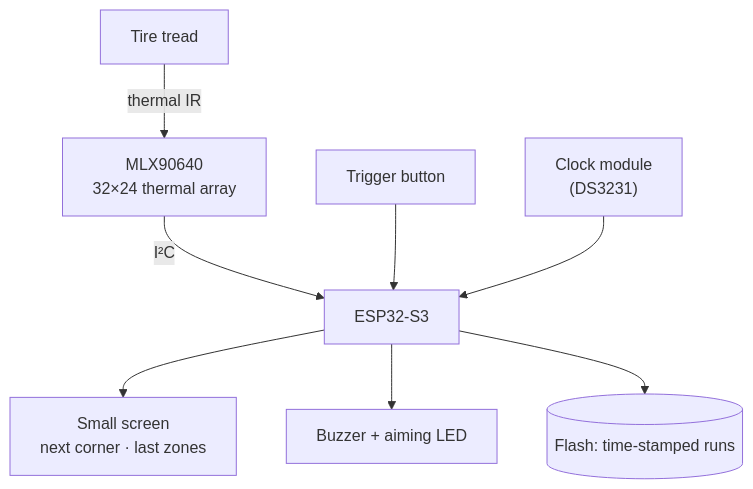
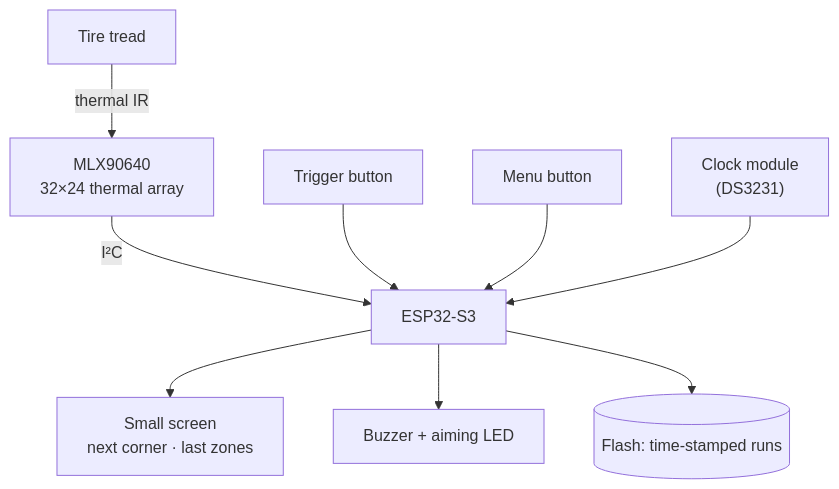
One commit to jaimebuildsthings/pit-pyro changed the diagram in docs/plan.md. Above: the diagram before and after it, drawn with Mermaid. The commit also changed other lines of this file and 10 other files, not shown here.

First line of the commit message:
hardware: add a menu button to the enclosure

````diff
--- a/docs/plan.md
+++ b/docs/plan.md
@@ -17,10 +17,11 @@
 ```mermaid
 flowchart TB
     tire["Tire tread"] -- "thermal IR" --> cam["MLX90640<br/>32×24 thermal array"]
     cam -- "I²C" --> esp["ESP32-S3"]
     trig["Trigger button"] --> esp
+    menu["Menu button"] --> esp
     esp --> screen["Small screen<br/>next corner · last zones"]
     esp --> fb["Buzzer + aiming LED"]
     esp --> store[("Flash: time-stamped runs")]
     clock["Clock module<br/>(DS3231)"] --> esp
 ```
````
